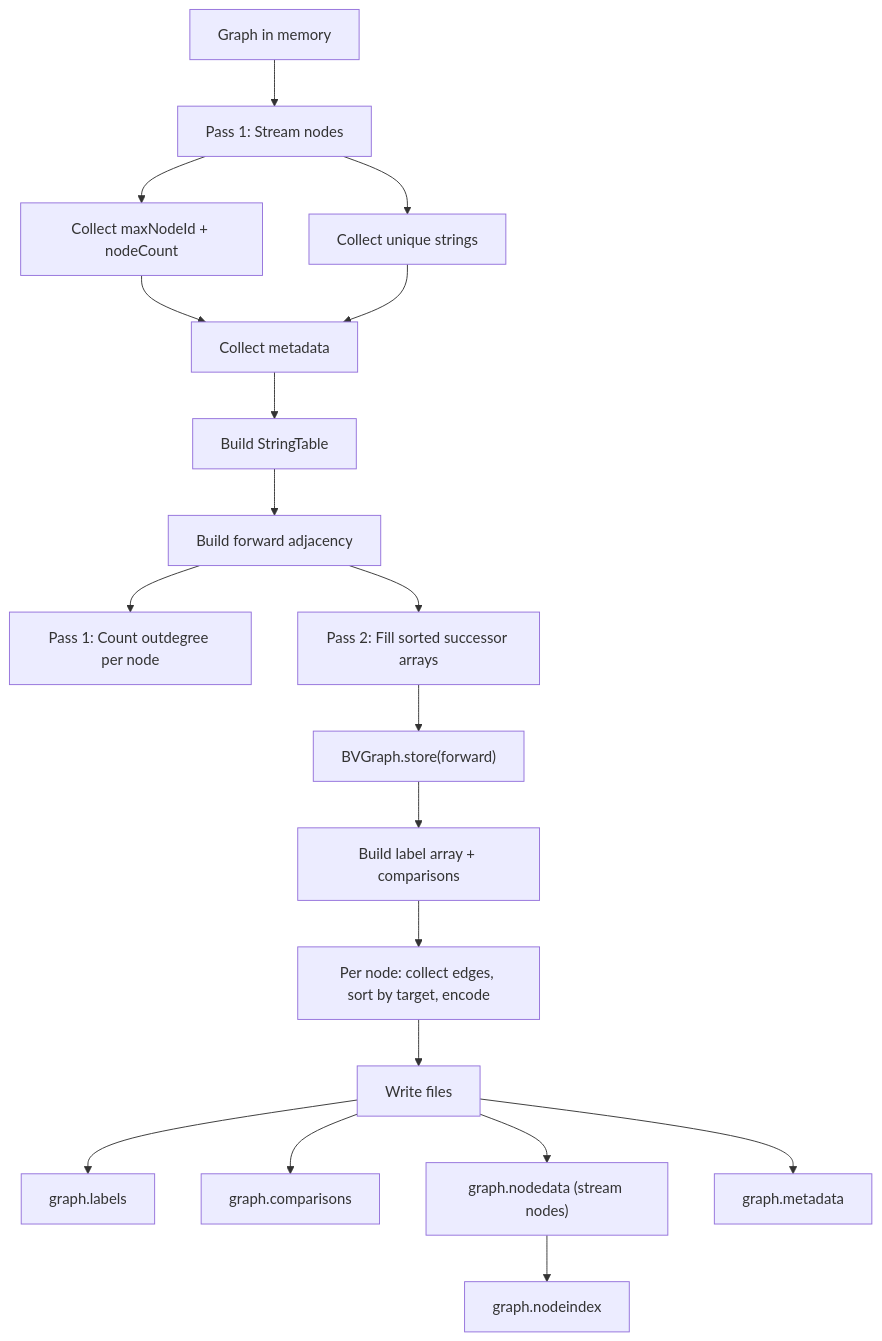
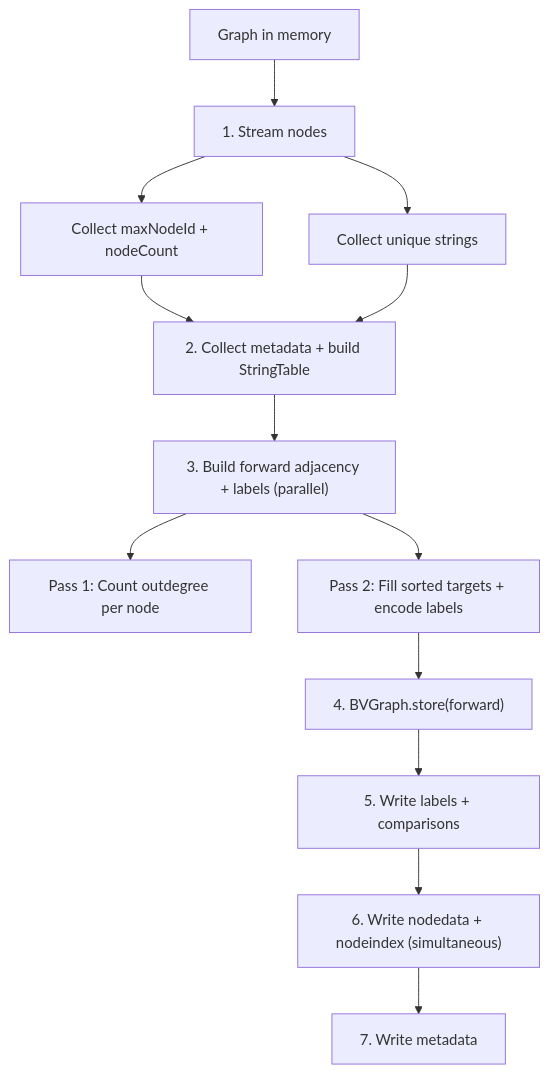
The first of 2 diagrams in docs/webgraph-storage.md (johnsonlee/graphite), drawn with Mermaid before and after one commit. The commit also changed other lines of this file and 3 other files, not shown here.

First line of the commit message:
perf: parallelize buildForwardData (save 9s -> 3.8s @4g, 8 threads) (#62)

````diff
--- a/docs/webgraph-storage.md
+++ b/docs/webgraph-storage.md
@@ -93,20 +56,14 @@
 ```mermaid
 graph TD
-    A[Graph in memory] --> B[Pass 1: Stream nodes]
+    A[Graph in memory] --> B[1. Stream nodes]
     B --> B1[Collect maxNodeId + nodeCount]
     B --> B2[Collect unique strings]
-    B1 & B2 --> C[Collect metadata]
-    C --> D[Build StringTable]
-    D --> E[Build forward adjacency]
-    E --> E1[Pass 1: Count outdegree per node]
-    E --> E2[Pass 2: Fill sorted successor arrays]
-    E2 --> F["BVGraph.store(forward)"]
-    F --> G[Build label array + comparisons]
-    G --> G1[Per node: collect edges, sort by target, encode]
-    G1 --> H[Write files]
-    H --> H1[graph.labels]
-    H --> H2[graph.comparisons]
-    H --> H3["graph.nodedata (stream nodes)"]
-    H3 --> H4[graph.nodeindex]
-    H --> H5[graph.metadata]
+    B1 & B2 --> C[2. Collect metadata + build StringTable]
+    C --> D["3. Build forward adjacency + labels (parallel)"]
+    D --> D1["Pass 1: Count outdegree per node"]
+    D --> D2["Pass 2: Fill sorted targets + encode labels"]
+    D2 --> E["4. BVGraph.store(forward)"]
+    E --> F[5. Write labels + comparisons]
+    F --> G["6. Write nodedata + nodeindex (simultaneous)"]
+    G --> H[7. Write metadata]
 ```
````
